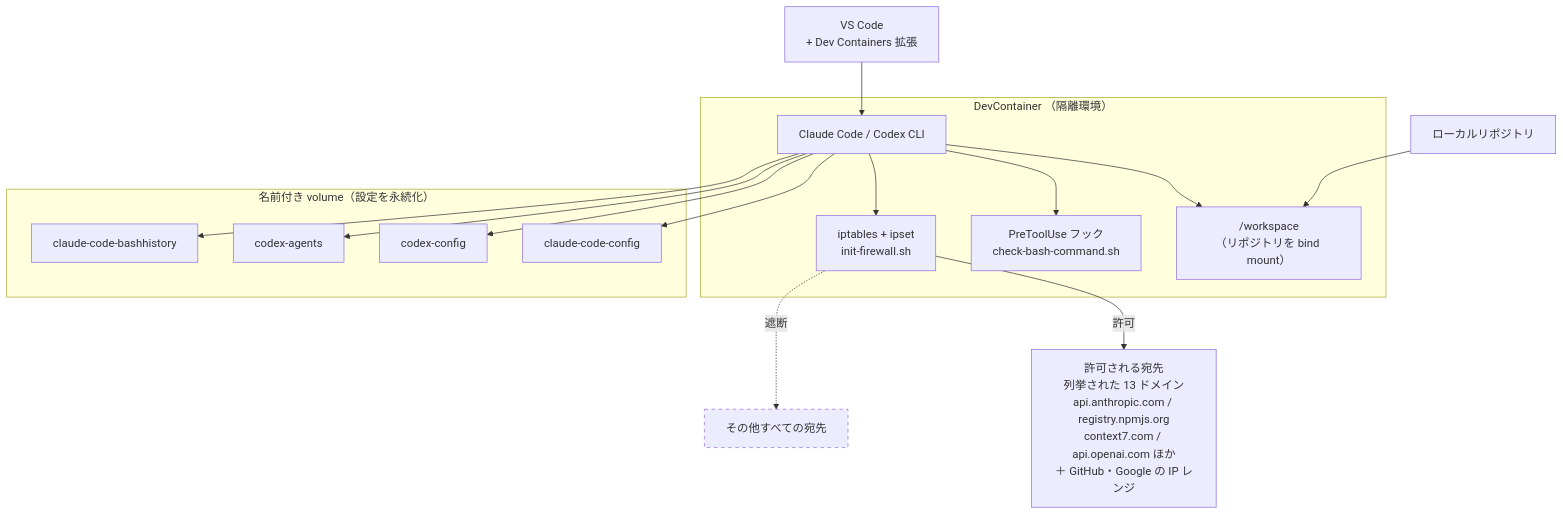
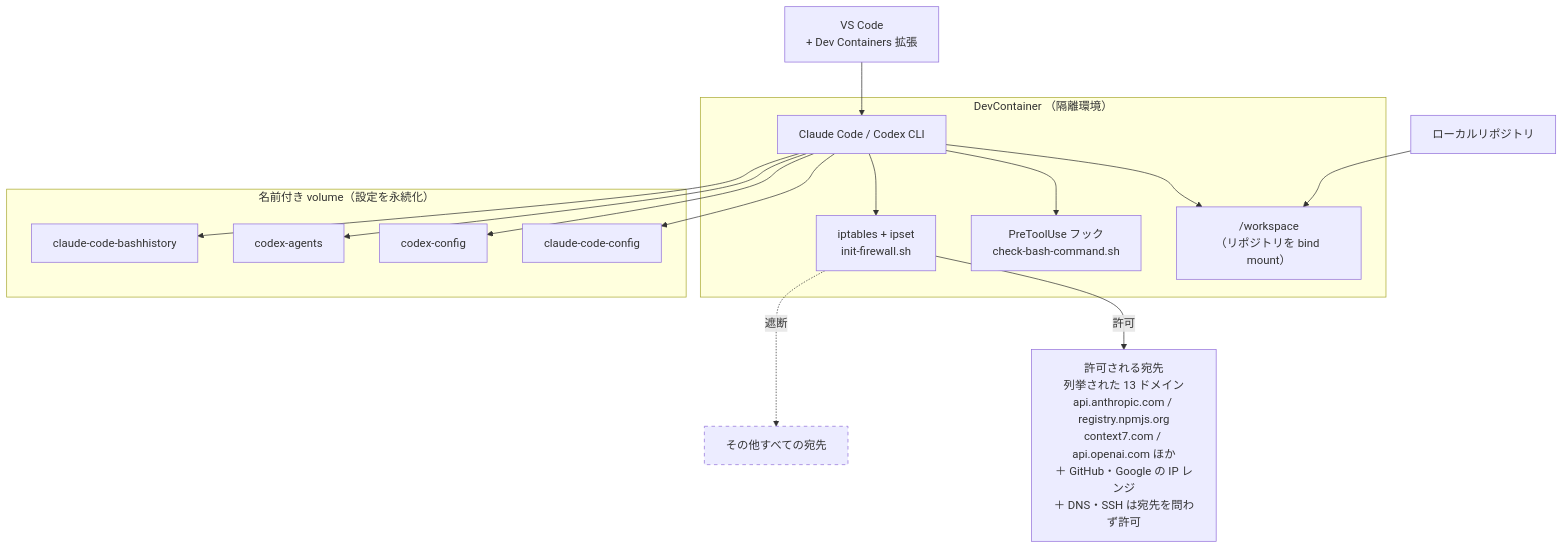
The diagram in docs/slides/diagrams/architecture.mmd (Knu334/reminder-server), drawn with Mermaid before and after one commit. The commit also changed 2 other files, not shown here.

```diff
--- a/docs/slides/diagrams/architecture.mmd
+++ b/docs/slides/diagrams/architecture.mmd
@@ -1,34 +1,34 @@
 flowchart TB
   vscode["VS Code<br/>+ Dev Containers 拡張"]
   repo["ローカルリポジトリ"]
 
   subgraph container["DevContainer （隔離環境）"]
     agent["Claude Code / Codex CLI"]
     ws["/workspace<br/>（リポジトリを bind mount）"]
     hook["PreToolUse フック<br/>check-bash-command.sh"]
     fw["iptables + ipset<br/>init-firewall.sh"]
   end
 
   subgraph vol["名前付き volume（設定を永続化）"]
     v1["claude-code-config"]
     v2["codex-config"]
     v3["codex-agents"]
     v4["claude-code-bashhistory"]
   end
 
-  ok["許可される宛先<br/>列挙された 13 ドメイン<br/>api.anthropic.com / registry.npmjs.org<br/>context7.com / api.openai.com ほか<br/>＋ GitHub・Google の IP レンジ"]
+  ok["許可される宛先<br/>列挙された 13 ドメイン<br/>api.anthropic.com / registry.npmjs.org<br/>context7.com / api.openai.com ほか<br/>＋ GitHub・Google の IP レンジ<br/>＋ DNS・SSH は宛先を問わず許可"]
   ng["その他すべての宛先"]
 
   vscode --> agent
   repo --> ws
   agent --> ws
   agent --> hook
   agent --> fw
   agent --> v1
   agent --> v2
   agent --> v3
   agent --> v4
   fw -->|許可| ok
   fw -.->|遮断| ng
 
   style ng stroke-dasharray: 5 5
```
